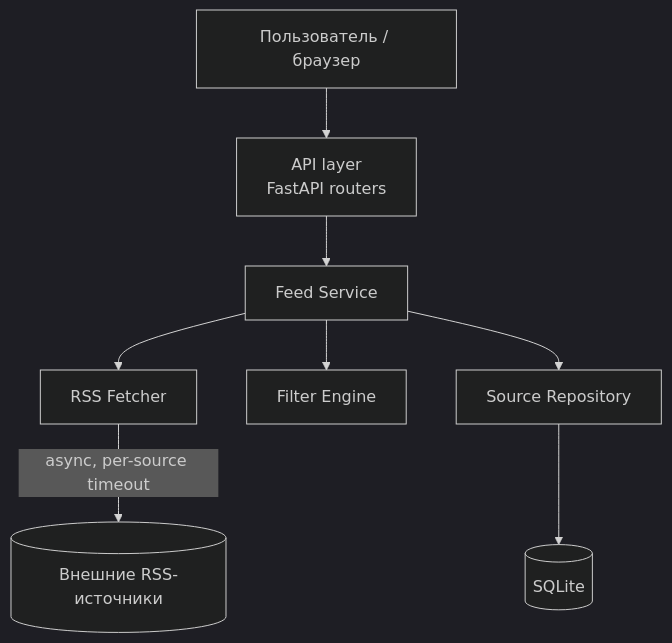
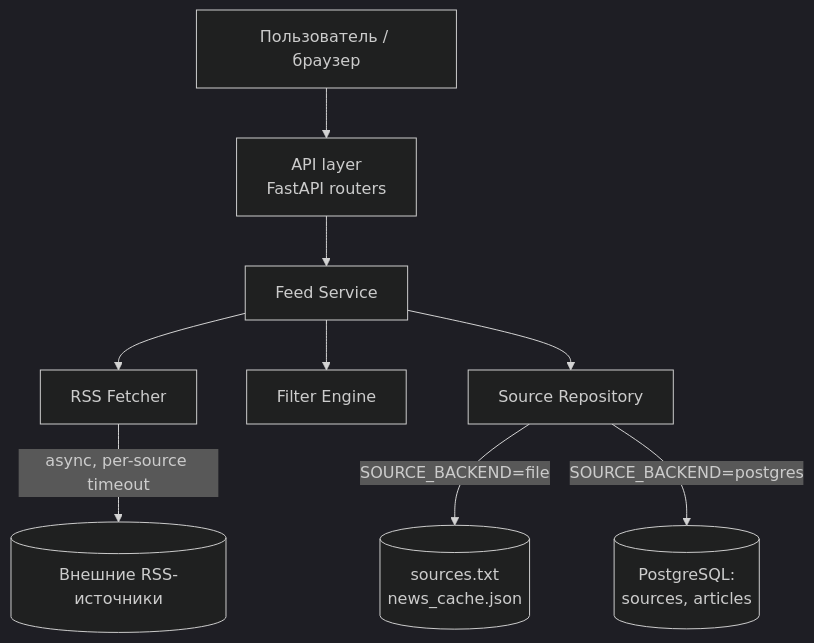
Before and after one commit to Vladimir33ivanov/RSS-aggregator: the diagram in docs/architecture-drivers.md, drawn with Mermaid (dark theme). The commit also changed other lines of this file and 2 other files, not shown here.

Commit message:
docs: remove outdated SQLite references, describe file/PostgreSQL storage as implemented

````diff
--- a/docs/architecture-drivers.md
+++ b/docs/architecture-drivers.md
@@ -108,10 +110,11 @@
 ```mermaid
 graph TB
     User[Пользователь / браузер] --> API[API layer<br/>FastAPI routers]
     API --> FS[Feed Service]
     FS --> RF[RSS Fetcher]
     FS --> FE[Filter Engine]
     FS --> SR[Source Repository]
     RF -->|async, per-source timeout| Sources[(Внешние RSS-источники)]
-    SR --> DB[(SQLite)]
+    SR -->|SOURCE_BACKEND=file| FileDB[(sources.txt<br/>news_cache.json)]
+    SR -->|SOURCE_BACKEND=postgres| PgDB[(PostgreSQL:<br/>sources, articles)]
 ```
````
